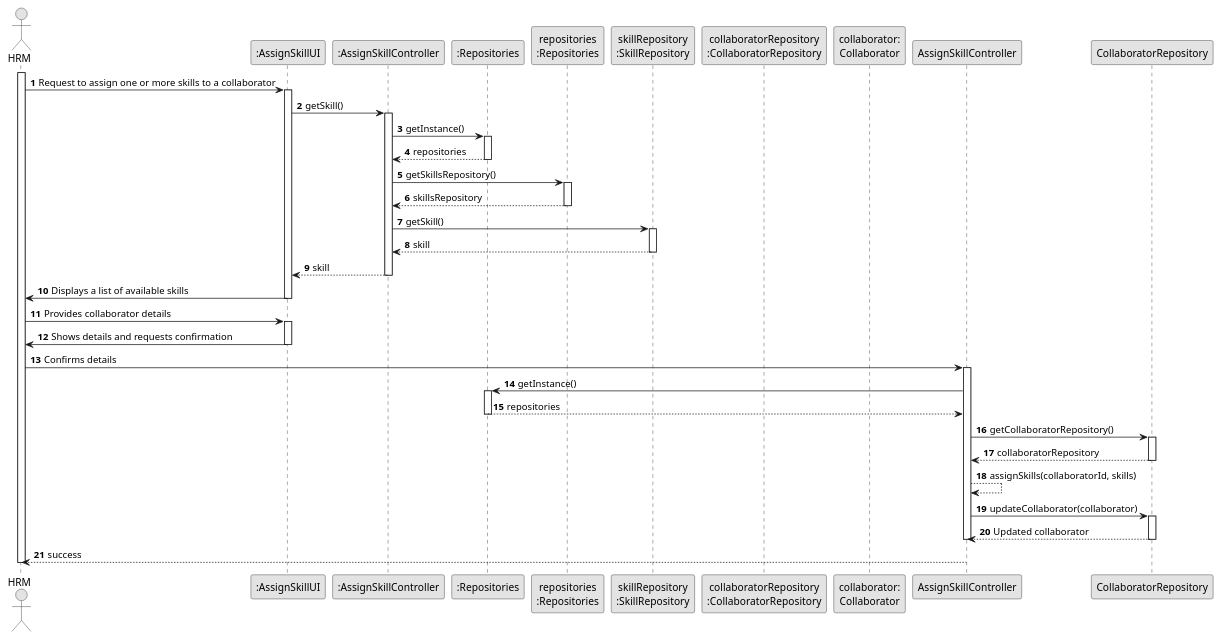
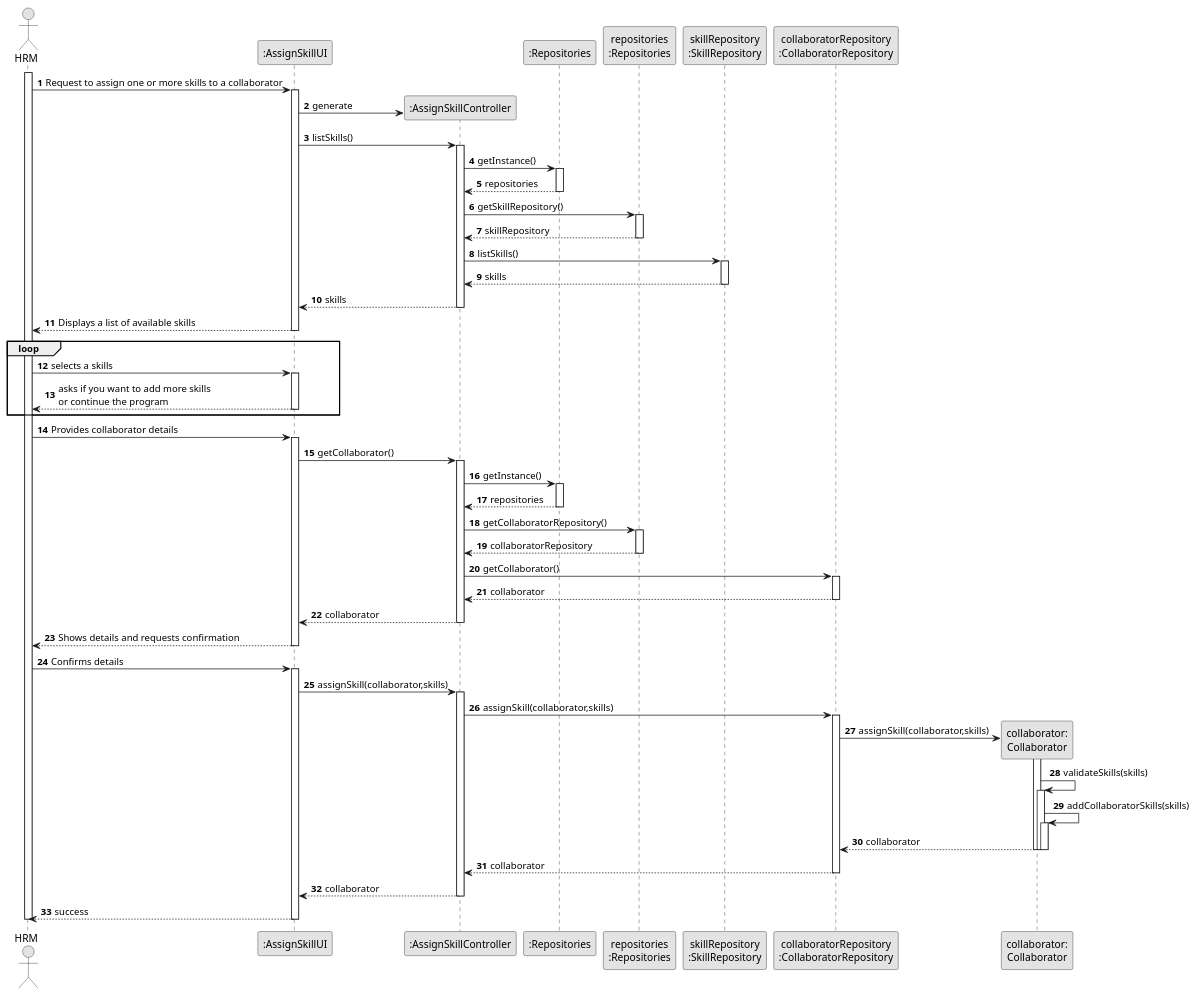
One commit to diogoveirospro/lei-24-s2-1dg-g072 changed the diagram in docs/sprintB/us004/03.design/puml/us004-sequence-diagram-full.puml. Above: the diagram before and after it, drawn with PlantUML. The commit also changed 19 other files, not shown here.

```diff
--- a/docs/sprintB/us004/03.design/puml/us004-sequence-diagram-full.puml
+++ b/docs/sprintB/us004/03.design/puml/us004-sequence-diagram-full.puml
@@ -1,83 +1,125 @@
 @startuml
 skinparam monochrome true
 skinparam packageStyle rectangle
 skinparam shadowing false
 
 autonumber
 
 actor HRM
 participant ":AssignSkillUI" as UI
 participant ":AssignSkillController" as CTRL
 participant ":Repositories" as REP
 participant "repositories\n:Repositories" as repositories
 participant "skillRepository\n:SkillRepository" as SREP
 participant "collaboratorRepository\n:CollaboratorRepository" as CREP
 participant "collaborator:\nCollaborator" as collaborator
 
 activate HRM
 
 HRM -> UI : Request to assign one or more skills to a collaborator
 activate UI
 
-        UI -> CTRL: getSkill()
+        UI -> CTRL** : generate
+
+        UI -> CTRL: listSkills()
 activate CTRL
 
                         CTRL -> REP: getInstance()
 
                         activate REP
 
                                 REP --> CTRL: repositories
                         deactivate REP
 
-                        CTRL -> repositories: getSkillsRepository()
+                        CTRL -> repositories: getSkillRepository()
                         activate repositories
 
-                                repositories --> CTRL: skillsRepository
+                                repositories --> CTRL: skillRepository
                         deactivate repositories
-                        CTRL -> SREP: getSkill()
+                        CTRL -> SREP: listSkills()
                         activate SREP
 
-                                SREP --> CTRL: skill
+                                SREP --> CTRL: skills
 
                         deactivate SREP
 
-                        CTRL --> UI: skill
+                        CTRL --> UI: skills
                 deactivate CTRL
-UI -> HRM: Displays a list of available skills
+UI --> HRM: Displays a list of available skills
 deactivate UI
+loop
+HRM -> UI : selects a skills
+activate UI
 
+        UI --> HRM: asks if you want to add more skills\nor continue the program
+deactivate UI
+end
 HRM -> UI : Provides collaborator details
 activate UI
 
-UI -> HRM : Shows details and requests confirmation
+        UI -> CTRL: getCollaborator()
+
+        activate CTRL
+
+                CTRL -> REP: getInstance()
+                activate REP
+
+                        REP --> CTRL: repositories
+                deactivate REP
+
+                CTRL -> repositories: getCollaboratorRepository()
+
+                activate repositories
+
+                        repositories --> CTRL: collaboratorRepository
+                deactivate repositories
+
+                CTRL -> CREP: getCollaborator()
+
+                activate CREP
+
+                        CREP --> CTRL: collaborator
+                deactivate CREP
+
+                CTRL --> UI: collaborator
+        deactivate CTRL
+
+UI --> HRM : Shows details and requests confirmation
 deactivate UI
 
-HRM -> AssignSkillController : Confirms details
-activate AssignSkillController
+HRM -> UI : Confirms details
+activate UI
 
-AssignSkillController -> REP: getInstance()
-activate REP
+        UI -> CTRL: assignSkill(collaborator,skills)
+        activate CTRL
 
-REP --> AssignSkillController: repositories
-deactivate REP
+                CTRL -> CREP: assignSkill(collaborator,skills)
+                activate CREP
 
-AssignSkillController -> CollaboratorRepository: getCollaboratorRepository()
-activate CollaboratorRepository
+                        CREP -> collaborator** : assignSkill(collaborator,skills)
+                        activate collaborator
+                                collaborator -> collaborator: validateSkills(skills)
+                                activate collaborator
 
-CollaboratorRepository --> AssignSkillController: collaboratorRepository
-deactivate CollaboratorRepository
+                                        collaborator -> collaborator: addCollaboratorSkills(skills)
 
-AssignSkillController --> AssignSkillController : assignSkills(collaboratorId, skills)
-AssignSkillController -> CollaboratorRepository: updateCollaborator(collaborator)
-activate CollaboratorRepository
+                                        activate collaborator
 
-CollaboratorRepository --> AssignSkillController: Updated collaborator
-deactivate CollaboratorRepository
+                                                collaborator --> CREP: collaborator
+                                        deactivate collaborator
 
-deactivate AssignSkillController
+                            deactivate collaborator
 
-AssignSkillController --> HRM: success
+                        deactivate collaborator
+                        CREP --> CTRL: collaborator
+                deactivate CREP
+                CTRL --> UI: collaborator
+        deactivate CTRL
+        UI --> HRM: success
+
+deactivate UI
+
 
 deactivate HRM
 
 @enduml
```
